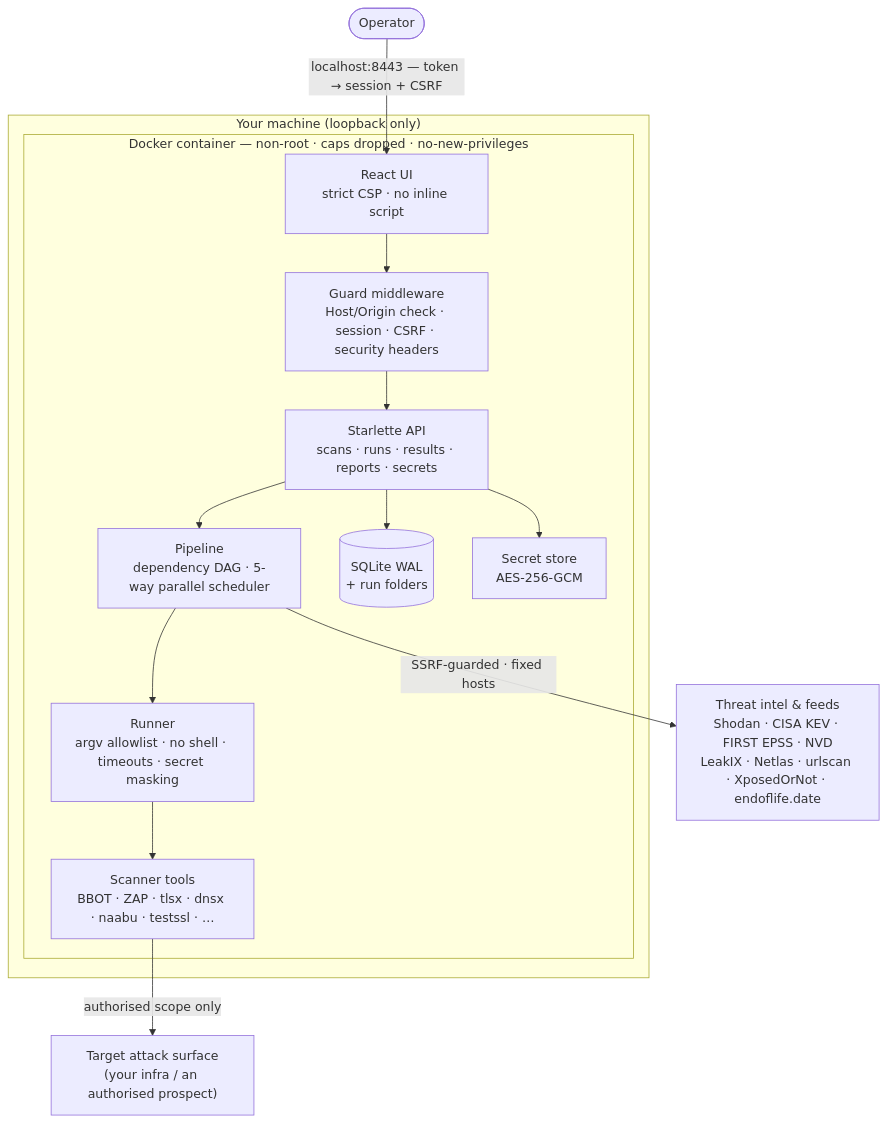
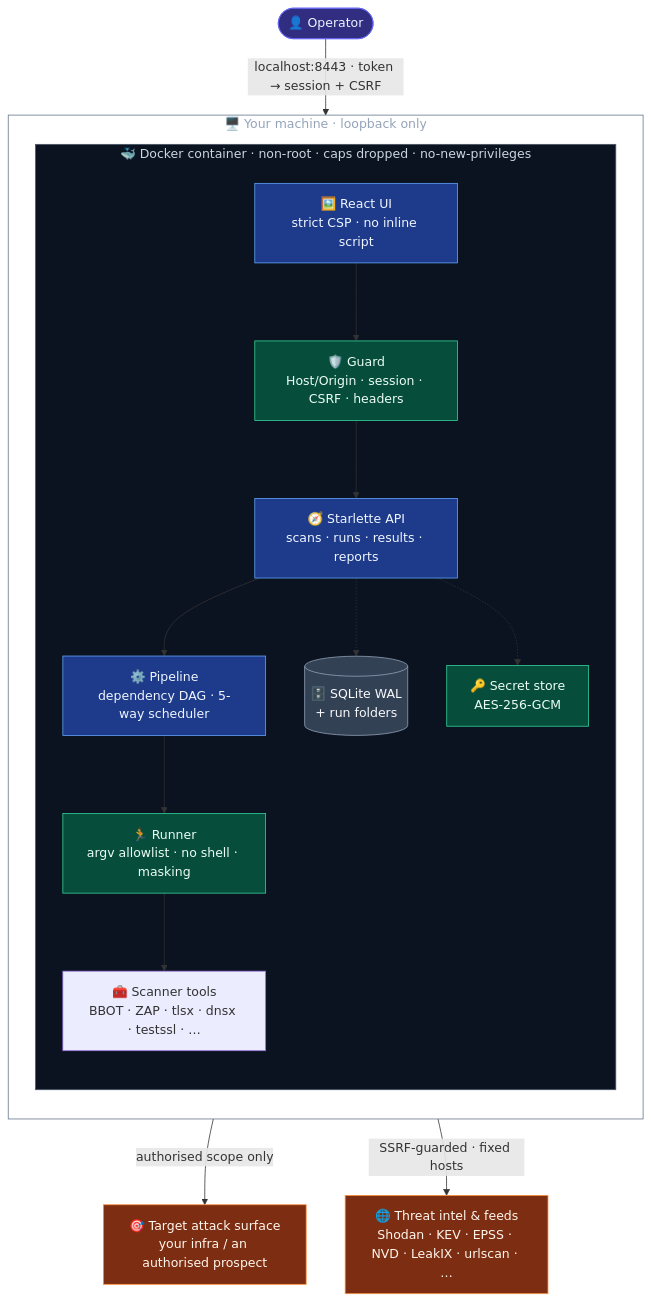
The diagram in README.md (high5ive-64/asm-console), drawn with Mermaid before and after one commit. The commit also changed other lines of this file and 2 other files, not shown here.

Commit message:
README: changelog + roadmap, restyle architecture diagram, trim maintainer detail
- Add CHANGELOG.md (history + Planned, incl. M7 AI providers) and a Roadmap
  section in the README linking to it.
- Restyle the architecture diagram: coloured node classes (app / security /
  data / external), icons, dashed trust boundaries, dotted storage links.
- Move operator/maintainer detail out of the public README into DEV.md:
  the GitHub Pages enable/refresh steps and the tool-version pinning notes.
- Condense the Tests section to a one-line pointer (CI runs the same suite).

Claude-Session: https://claude.ai/code/session_01Le1LGtNytBGsB4qSDaWiMd

````diff
--- a/README.md
+++ b/README.md
@@ -43,25 +41,43 @@
 ```mermaid
 flowchart TB
-  user(["Operator"])
-  user -->|"localhost:8443 — token → session + CSRF"| ui
+  user(["👤 Operator"])
 
-  subgraph host["Your machine (loopback only)"]
-    subgraph ctr["Docker container — non-root · caps dropped · no-new-privileges"]
-      ui["React UI<br/>strict CSP · no inline script"]
-      guard["Guard middleware<br/>Host/Origin check · session · CSRF · security headers"]
-      api["Starlette API<br/>scans · runs · results · reports · secrets"]
-      pipe["Pipeline<br/>dependency DAG · 5-way parallel scheduler"]
-      runner["Runner<br/>argv allowlist · no shell · timeouts · secret masking"]
-      tools["Scanner tools<br/>BBOT · ZAP · tlsx · dnsx · naabu · testssl · …"]
-      db[("SQLite WAL<br/>+ run folders")]
-      sec["Secret store<br/>AES-256-GCM"]
+  subgraph host[" 🖥️ Your machine · loopback only "]
+    direction TB
+    subgraph ctr[" 🐳 Docker container · non-root · caps dropped · no-new-privileges "]
+      direction TB
+      ui["🖼️ React UI<br/>strict CSP · no inline script"]
+      guard["🛡️ Guard<br/>Host/Origin · session · CSRF · headers"]
+      api["🧭 Starlette API<br/>scans · runs · results · reports"]
+      pipe["⚙️ Pipeline<br/>dependency DAG · 5-way scheduler"]
+      runner["🏃 Runner<br/>argv allowlist · no shell · masking"]
+      tools["🧰 Scanner tools<br/>BBOT · ZAP · tlsx · dnsx · testssl · …"]
+      db[("🗄️ SQLite WAL<br/>+ run folders")]
+      sec["🔑 Secret store<br/>AES-256-GCM"]
+
       ui --> guard --> api
       api --> pipe --> runner --> tools
-      api --> db
-      api --> sec
+      api -.-> db
+      api -.-> sec
     end
   end
 
-  tools -->|"authorised scope only"| target["Target attack surface<br/>(your infra / an authorised prospect)"]
-  pipe -->|"SSRF-guarded · fixed hosts"| intel["Threat intel & feeds<br/>Shodan · CISA KEV · FIRST EPSS · NVD<br/>LeakIX · Netlas · urlscan · XposedOrNot · endoflife.date"]
+  user -->|"localhost:8443 · token → session + CSRF"| ui
+  tools -->|"authorised scope only"| target["🎯 Target attack surface<br/>your infra / an authorised prospect"]
+  pipe -->|"SSRF-guarded · fixed hosts"| intel["🌐 Threat intel &amp; feeds<br/>Shodan · KEV · EPSS · NVD · LeakIX · urlscan · …"]
+
+  classDef operator fill:#312e81,stroke:#6366f1,color:#eef2ff;
+  classDef app fill:#1e3a8a,stroke:#60a5fa,color:#eff6ff;
+  classDef security fill:#064e3b,stroke:#34d399,color:#ecfdf5;
+  classDef data fill:#334155,stroke:#94a3b8,color:#f8fafc;
+  classDef external fill:#7c2d12,stroke:#fb923c,color:#fff7ed;
+
+  class user operator;
+  class ui,api,pipe app;
+  class guard,runner,sec security;
+  class db data;
+  class target,intel external;
+
+  style host fill:transparent,stroke:#64748b,stroke-width:1px,color:#94a3b8;
+  style ctr fill:#0b1220,stroke:#475569,stroke-width:1px,color:#cbd5e1;
 ```
````
